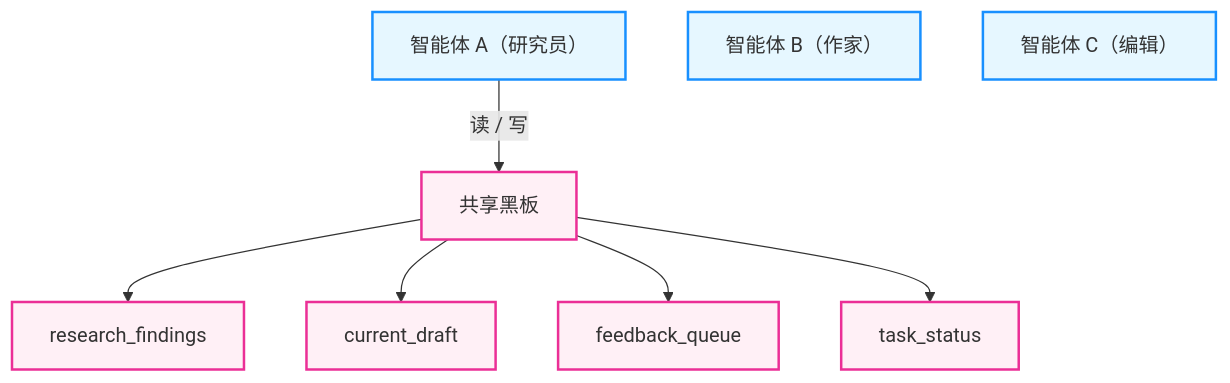
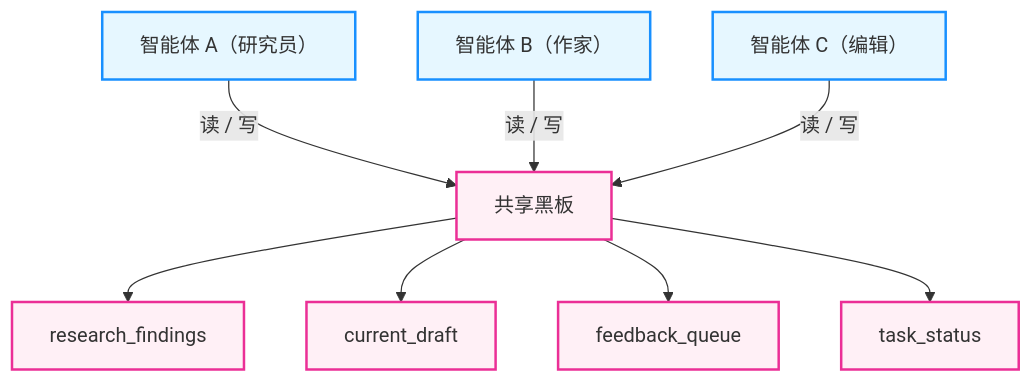
One commit to yeasy/agentic_ai_guide changed the diagram in 06_communication/6.1_protocols.md. Above: the diagram before and after it, drawn with Mermaid. The commit also changed 12 other files, not shown here.

````diff
--- a/06_communication/6.1_protocols.md
+++ b/06_communication/6.1_protocols.md
@@ -181,24 +181,26 @@
 ```mermaid
 graph TB
     classDef agent fill:#e6f7ff,stroke:#1890ff,stroke-width:2px;
     classDef memory fill:#fff0f6,stroke:#eb2f96,stroke-width:2px;
 
     A["智能体 A（研究员）"]
     B["智能体 B（作家）"]
     C["智能体 C（编辑）"]
     BB["共享黑板"]
     Data1["research_findings"]
     Data2["current_draft"]
     Data3["feedback_queue"]
     Data4["task_status"]
 
     A -->|读 / 写| BB
+    B -->|读 / 写| BB
+    C -->|读 / 写| BB
 
     BB --> Data1
     BB --> Data2
     BB --> Data3
     BB --> Data4
 
     class A,B,C agent;
     class BB,Data1,Data2,Data3,Data4 memory;
 ```
````
